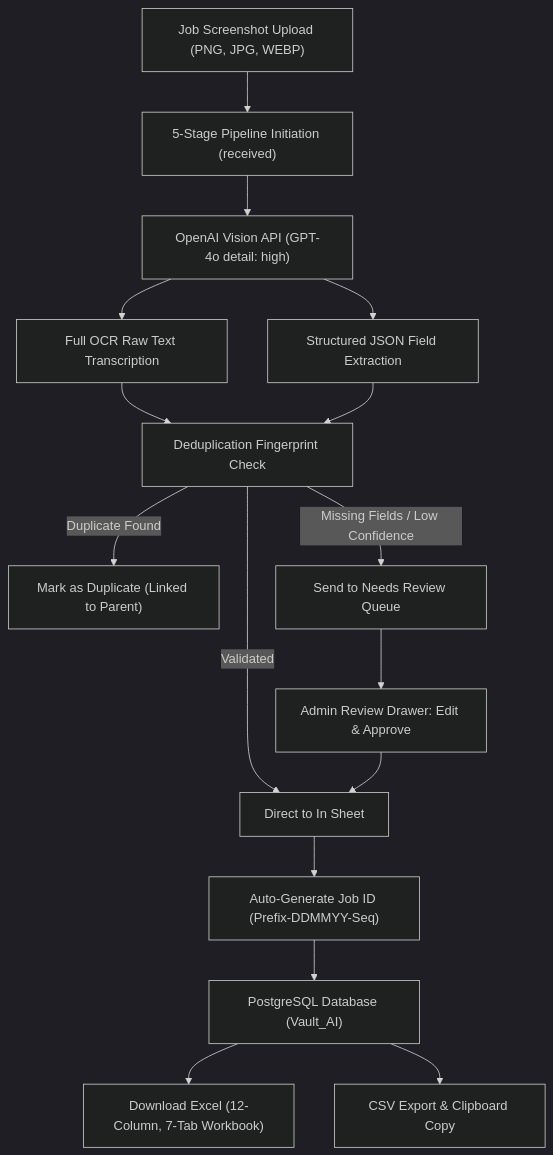
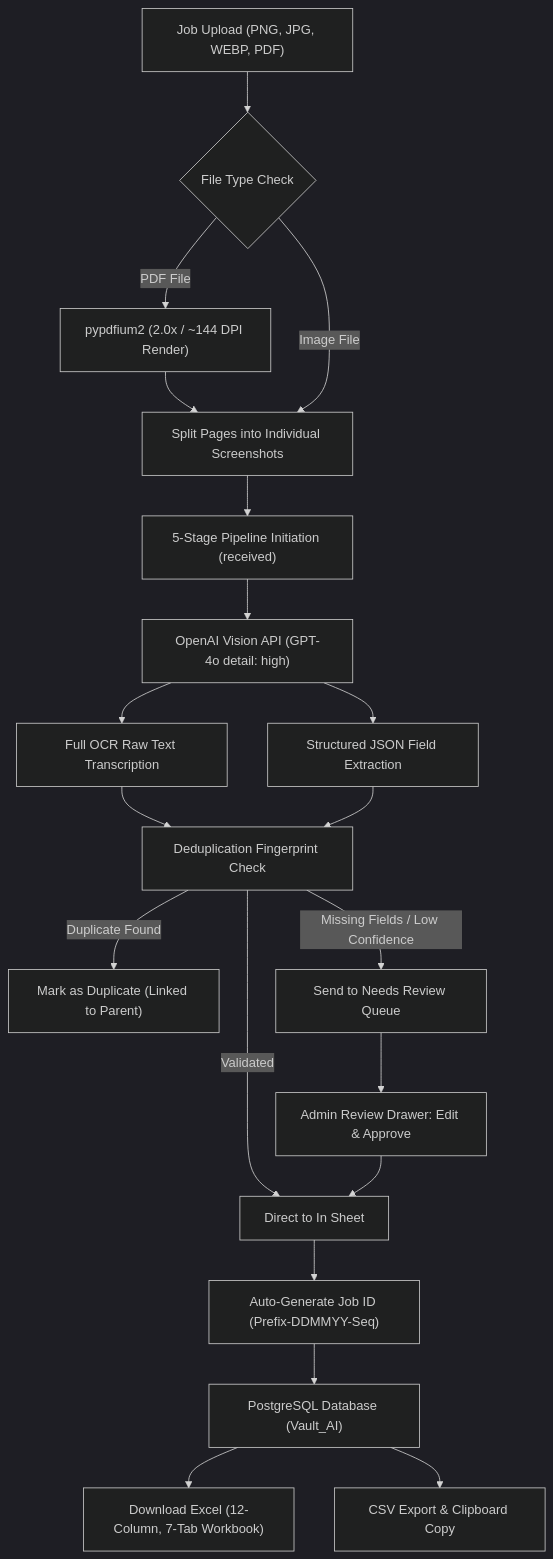
One commit to ddpldeveloperahul/Vault_AI changed the diagram in README.md. Above: the diagram before and after it, drawn with Mermaid (dark theme). The commit also changed other lines of this file and 268 other files, not shown here.

Commit message:
add the upload the pdf

````diff
--- a/README.md
+++ b/README.md
@@ -64,18 +69,22 @@
 ```mermaid
 flowchart TD
-    A["Job Screenshot Upload (PNG, JPG, WEBP)"] --> B["5-Stage Pipeline Initiation (received)"]
-    B --> C["OpenAI Vision API (GPT-4o detail: high)"]
-    C --> D["Full OCR Raw Text Transcription"]
-    C --> E["Structured JSON Field Extraction"]
-    D --> F["Deduplication Fingerprint Check"]
-    E --> F
-    F -- "Duplicate Found" --> G["Mark as Duplicate (Linked to Parent)"]
-    F -- "Missing Fields / Low Confidence" --> H["Send to Needs Review Queue"]
-    F -- "Validated" --> I["Direct to In Sheet"]
-    H --> J["Admin Review Drawer: Edit & Approve"]
-    J --> I
-    I --> K["Auto-Generate Job ID (Prefix-DDMMYY-Seq)"]
-    K --> L["PostgreSQL Database (Vault_AI)"]
-    L --> M["Download Excel (12-Column, 7-Tab Workbook)"]
-    L --> N["CSV Export & Clipboard Copy"]
+    A["Job Upload (PNG, JPG, WEBP, PDF)"] --> B{"File Type Check"}
+    B -- "PDF File" --> C1["pypdfium2 (2.0x / ~144 DPI Render)"]
+    C1 --> C2["Split Pages into Individual Screenshots"]
+    B -- "Image File" --> C2
+    C2 --> D["5-Stage Pipeline Initiation (received)"]
+    D --> E["OpenAI Vision API (GPT-4o detail: high)"]
+    E --> F["Full OCR Raw Text Transcription"]
+    E --> G["Structured JSON Field Extraction"]
+    F --> H["Deduplication Fingerprint Check"]
+    G --> H
+    H -- "Duplicate Found" --> I["Mark as Duplicate (Linked to Parent)"]
+    H -- "Missing Fields / Low Confidence" --> J["Send to Needs Review Queue"]
+    H -- "Validated" --> K["Direct to In Sheet"]
+    J --> L["Admin Review Drawer: Edit & Approve"]
+    L --> K
+    K --> M["Auto-Generate Job ID (Prefix-DDMMYY-Seq)"]
+    M --> N["PostgreSQL Database (Vault_AI)"]
+    N --> O["Download Excel (12-Column, 7-Tab Workbook)"]
+    N --> P["CSV Export & Clipboard Copy"]
 ```
````
